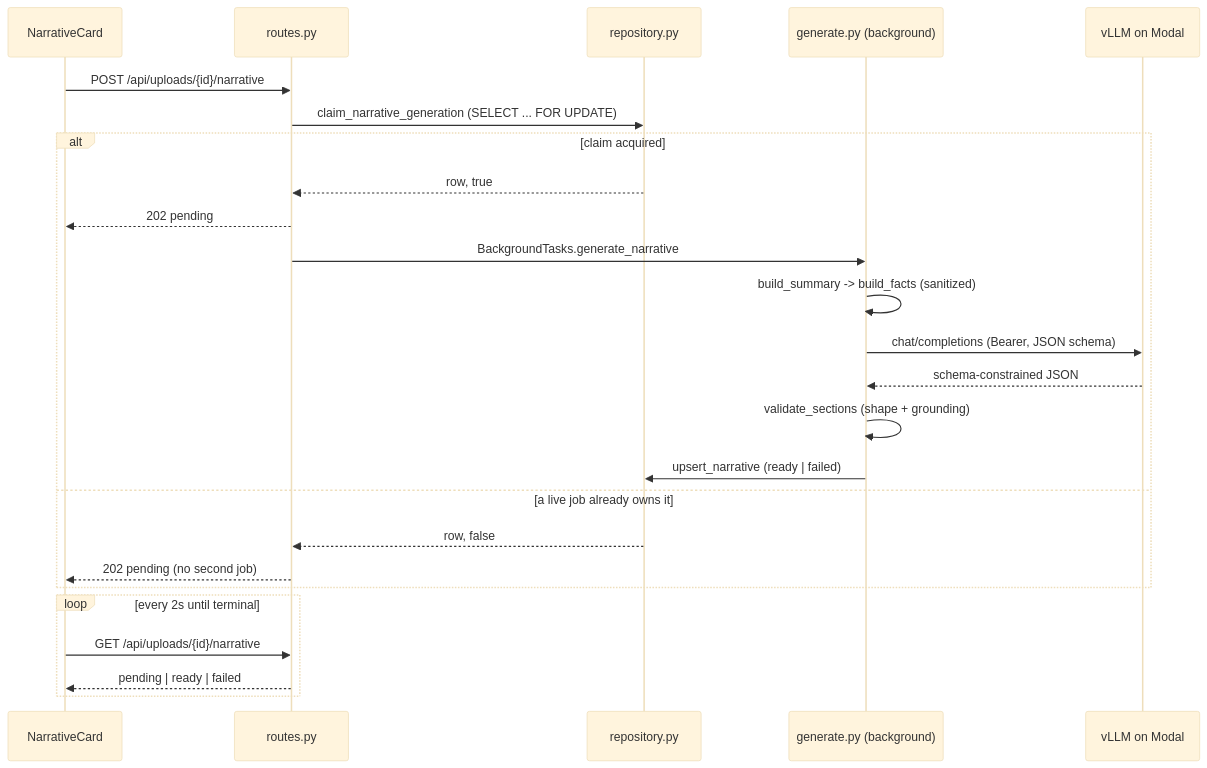
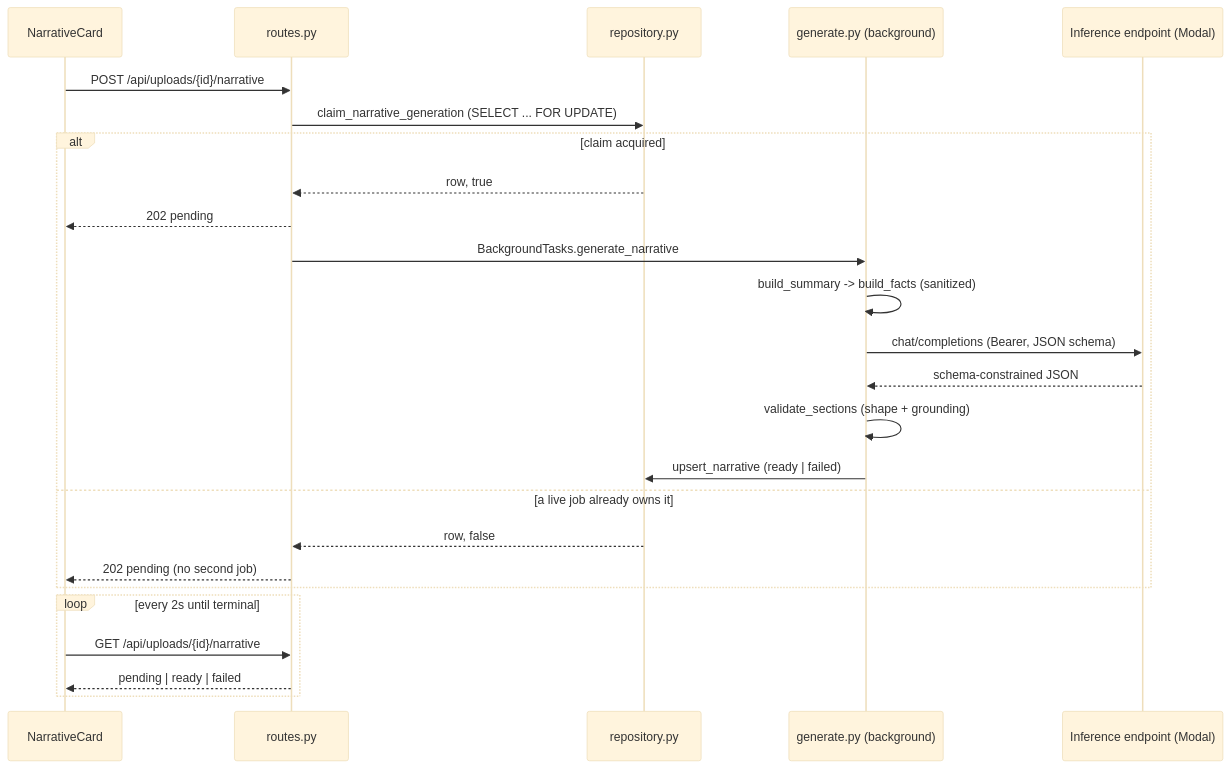
The second of 2 diagrams in README.md (sacayo/tenex-security-application), drawn with Mermaid (base theme) before and after one commit. The commit also changed other lines of this file and 5 other files, not shown here.

````diff
--- a/README.md
+++ b/README.md
@@ -156,28 +156,28 @@
 ```mermaid
 sequenceDiagram
     participant C as NarrativeCard
     participant R as routes.py
     participant Repo as repository.py
     participant BG as generate.py (background)
-    participant M as vLLM on Modal
+    participant M as Inference endpoint (Modal)
 
     C->>R: POST /api/uploads/{id}/narrative
     R->>Repo: claim_narrative_generation (SELECT ... FOR UPDATE)
     alt claim acquired
         Repo-->>R: row, true
         R-->>C: 202 pending
         R->>BG: BackgroundTasks.generate_narrative
         BG->>BG: build_summary -> build_facts (sanitized)
         BG->>M: chat/completions (Bearer, JSON schema)
         M-->>BG: schema-constrained JSON
         BG->>BG: validate_sections (shape + grounding)
         BG->>Repo: upsert_narrative (ready | failed)
     else a live job already owns it
         Repo-->>R: row, false
         R-->>C: 202 pending (no second job)
     end
     loop every 2s until terminal
         C->>R: GET /api/uploads/{id}/narrative
         R-->>C: pending | ready | failed
     end
 ```
````
